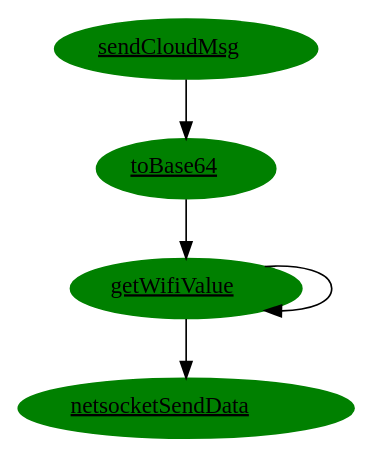
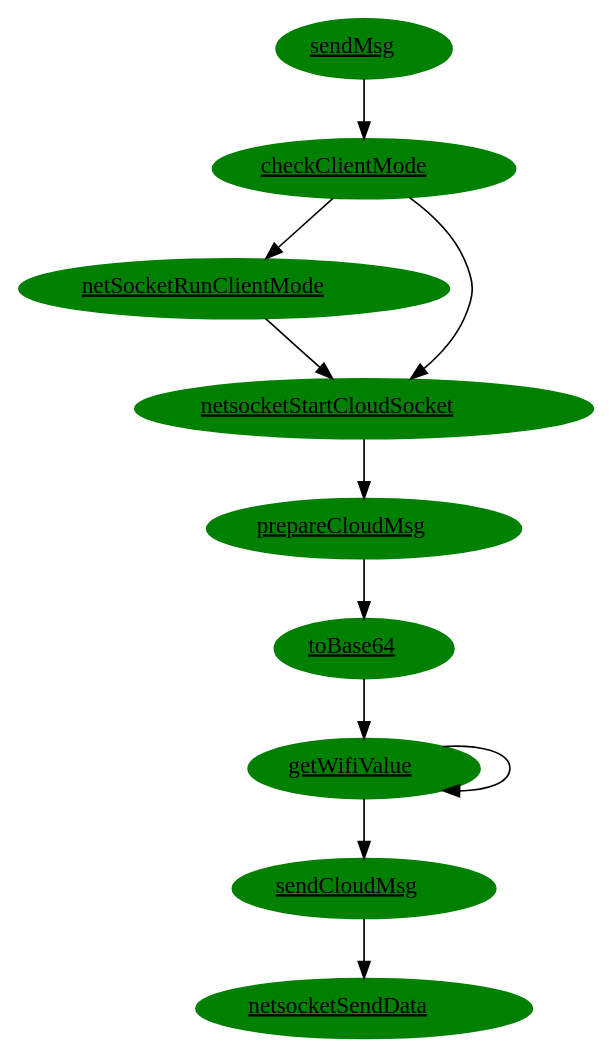
One commit to apwiede/nodemcu changed the diagram in dot_files/grp_sendCloudMsg.dot. Above: the diagram before and after it, drawn with Graphviz. The commit also changed 1 other file, not shown here.

```diff
--- a/dot_files/grp_sendCloudMsg.dot
+++ b/dot_files/grp_sendCloudMsg.dot
@@ -1,10 +1,22 @@
 digraph G26 {
+  sendMsg[style="filled", color="green", label=<<u>sendMsg</u>> URL="\ref sendMsg"];
+  checkClientMode[style="filled", color="green", label=<<u>checkClientMode</u>> URL="\ref checkClientMode"];
+  netsocketRunClientMode[style="filled", color="green", label=<<u>netSocketRunClientMode</u>> URL="\ref netsocketRunClientMode"];
+  netsocketStartCloudSocket[style="filled", color="green", label=<<u>netsocketStartCloudSocket</u>> URL="\ref netsocketStartCloudSocket"];
+  prepareCloudMsg[style="filled", color="green", label=<<u>prepareCloudMsg</u>> URL="\ref prepareCloudMsg"];
   sendCloudMsg[style="filled", color="green", label=<<u>sendCloudMsg</u>> URL="\ref sendCloudMsg"];
   toBase64[style="filled", color="green", label=<<u>toBase64</u>> URL="\ref toBase64"];
-  sendCloudMsg -> toBase64;
+  sendMsg -> checkClientMode;
+  checkClientMode ->netsocketRunClientMode;
+  netsocketRunClientMode -> netsocketStartCloudSocket;
+  netsocketStartCloudSocket -> prepareCloudMsg;
+  checkClientMode ->netsocketStartCloudSocket;
+  prepareCloudMsg -> toBase64;
   getWifiValue[style="filled", color="green", label=<<u>getWifiValue</u>> URL="\ref getWifiValue"];
   toBase64 -> getWifiValue;
   getWifiValue -> getWifiValue;
   netsocketSendData[style="filled", color="green", label=<<u>netsocketSendData</u>> URL="\ref netsocketSendData"];
-  getWifiValue -> netsocketSendData;
+  sendCloudMsg[style="filled", color="green", label=<<u>sendCloudMsg</u>> URL="\ref sendCloudMsg"];
+  getWifiValue -> sendCloudMsg;
+  sendCloudMsg -> netsocketSendData;
 }
```
